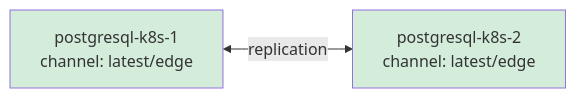
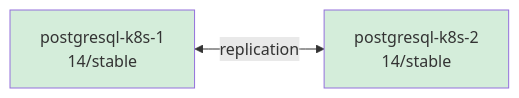
One commit to canonical/charm-integration-testing changed diagram 14 of 18 in docs/reference/charm-deployment-constraints.rst. Above: the diagram before and after it, drawn with Mermaid. The commit also changed other lines of this file, not shown here.

```diff
--- a/docs/reference/charm-deployment-constraints.rst
+++ b/docs/reference/charm-deployment-constraints.rst
@@ -346,10 +352,10 @@
 .. mermaid::
 
    graph LR
-       pg1[postgresql-k8s-1<br/>channel: latest/edge]
-       pg2[postgresql-k8s-2<br/>channel: latest/edge]
+       pg1[postgresql-k8s-1<br/>14/stable]
+       pg2[postgresql-k8s-2<br/>14/stable]
        
        pg1 <-->|replication| pg2
        
        style pg1 fill:#d4edda
        style pg2 fill:#d4edda
```
